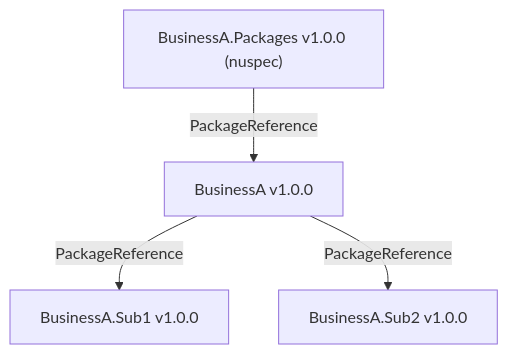
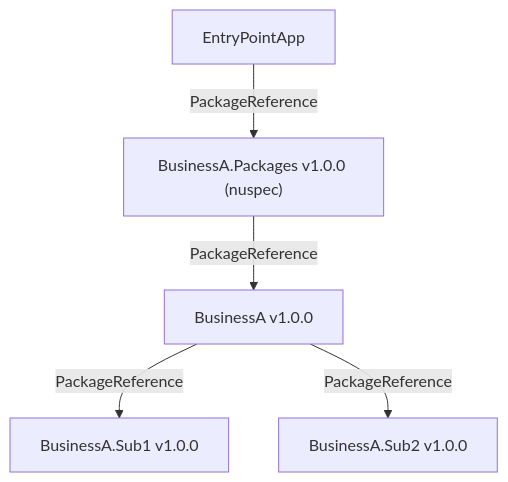
The third of 5 diagrams in README.md (runceel/CentralPackageManagementLab), drawn with Mermaid before and after one commit. The commit also changed other lines of this file, not shown here.

````diff
--- a/README.md
+++ b/README.md
@@ -158,11 +160,12 @@
 ```mermaid
 graph TD
+    EntryPointApp -->|PackageReference| PackagesV1
     PackagesV1["BusinessA.Packages v1.0.0 (nuspec)"]
     RootV1[BusinessA v1.0.0]
     Sub1V1[BusinessA.Sub1 v1.0.0]
     Sub2V1[BusinessA.Sub2 v1.0.0]
 
     PackagesV1 -->|PackageReference| RootV1
     RootV1 -->|PackageReference| Sub1V1
     RootV1 -->|PackageReference| Sub2V1
 ```
````
